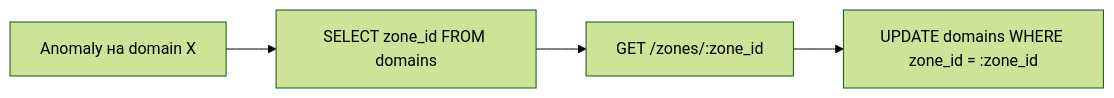
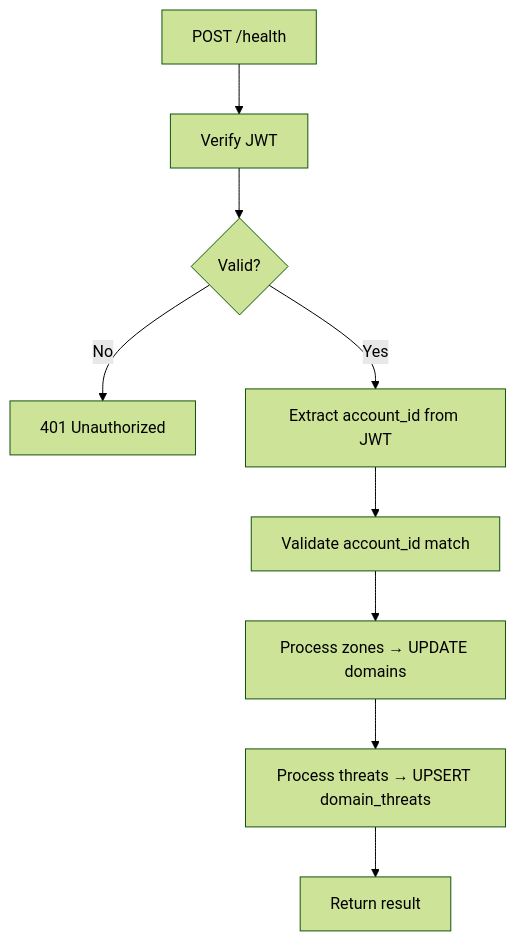
The second of 3 diagrams in wiki/Health_Check.md (admin310st/301), drawn with Mermaid (forest theme) before and after one commit. The commit also changed other lines of this file and 1 other file, not shown here.

````diff
--- a/wiki/Health_Check.md
+++ b/wiki/Health_Check.md
@@ -209,6 +212,11 @@
 ```mermaid
-flowchart LR
-    A[Anomaly на domain X] --> B[SELECT zone_id FROM domains]
-    B --> C[GET /zones/:zone_id]
-    C --> D[UPDATE domains WHERE zone_id = :zone_id]
+flowchart TB
+    A[POST /health] --> B[Verify JWT]
+    B --> C{Valid?}
+    C -->|No| D[401 Unauthorized]
+    C -->|Yes| E[Extract account_id from JWT]
+    E --> F[Validate account_id match]
+    F --> G[Process zones → UPDATE domains]
+    G --> H[Process threats → UPSERT domain_threats]
+    H --> I[Return result]
 ```
````
